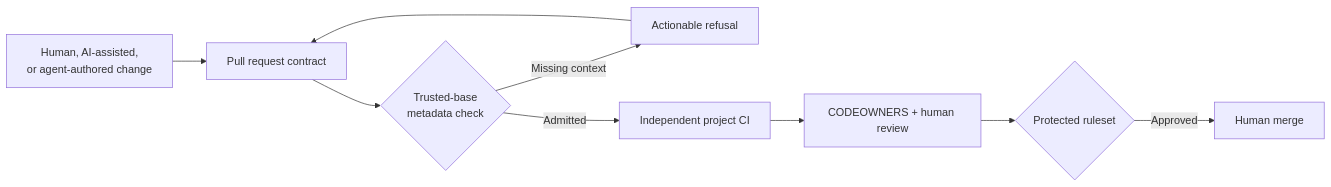
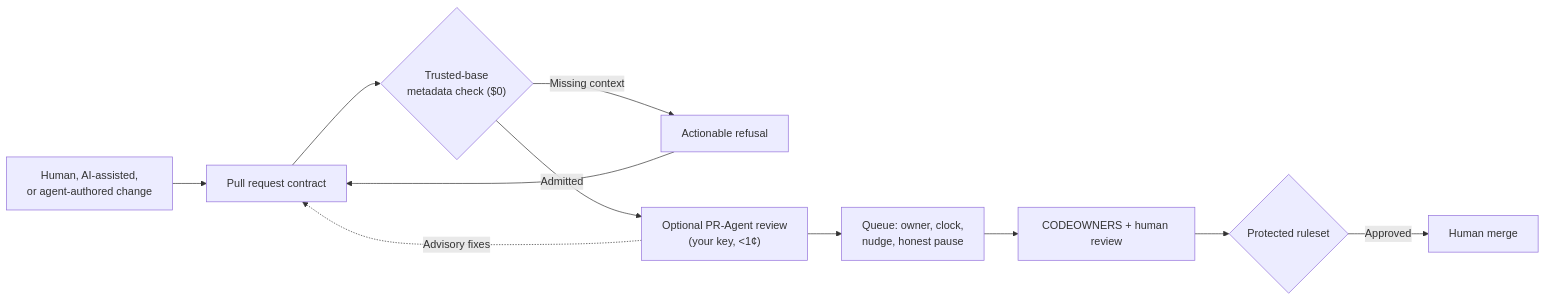
The diagram in README.md (grosspoetrysystems/helicopter), drawn with Mermaid before and after one commit. The commit also changed other lines of this file and 12 other files, not shown here.

First line of the commit message:
feat: add the review ramp (first review and whose-turn queue)

````diff
--- a/README.md
+++ b/README.md
@@ -36,11 +37,13 @@
 ```mermaid
 flowchart LR
     A["Human, AI-assisted,<br/>or agent-authored change"] --> B["Pull request contract"]
-    B --> C{"Trusted-base<br/>metadata check"}
+    B --> C{"Trusted-base<br/>metadata check ($0)"}
     C -->|"Missing context"| D["Actionable refusal"]
     D --> B
-    C -->|"Admitted"| E["Independent project CI"]
-    E --> F["CODEOWNERS + human review"]
+    C -->|"Admitted"| R["Optional PR-Agent review<br/>(your key, &lt;1¢)"]
+    R -.->|"Advisory fixes"| B
+    R --> Q["Queue: owner, clock,<br/>nudge, honest pause"]
+    Q --> F["CODEOWNERS + human review"]
     F --> G{"Protected ruleset"}
     G -->|"Approved"| H["Human merge"]
 ```
````
